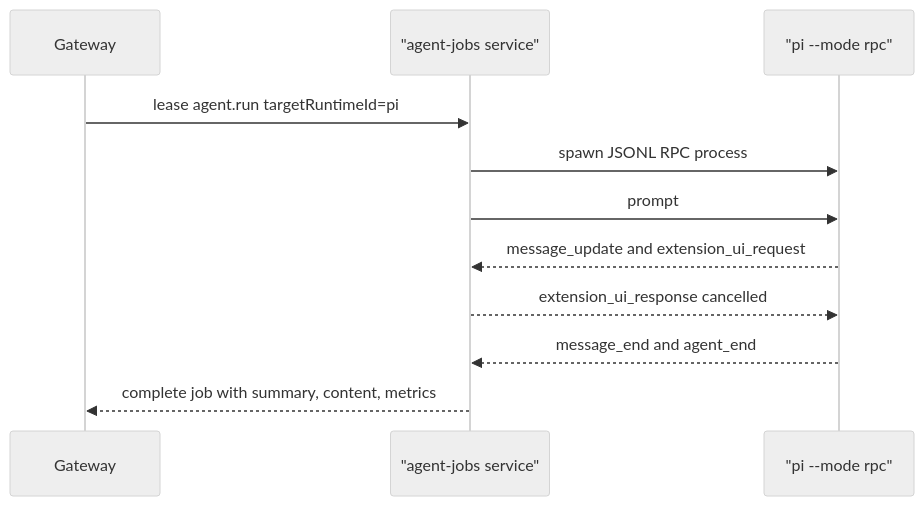
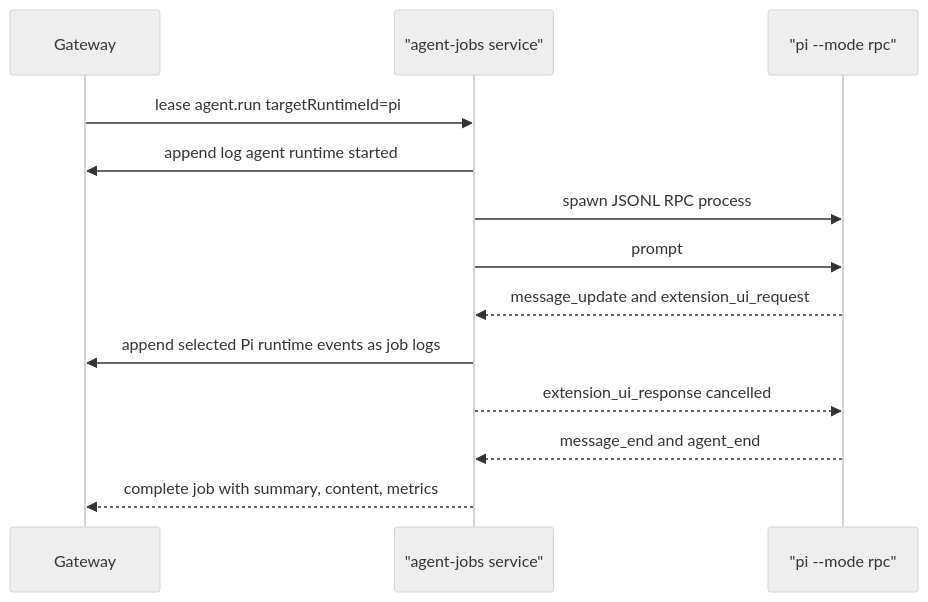
The third of 4 diagrams in docs/gateway-orchestration.md (Indelwin/snapdragon), drawn with Mermaid (neutral theme) before and after one commit. The commit also changed other lines of this file and 26 other files, not shown here.

````diff
--- a/docs/gateway-orchestration.md
+++ b/docs/gateway-orchestration.md
@@ -101,13 +101,15 @@
 ```mermaid
 sequenceDiagram
   participant Gateway
   participant Worker as "agent-jobs service"
   participant Pi as "pi --mode rpc"
   Gateway->>Worker: lease agent.run targetRuntimeId=pi
+  Worker->>Gateway: append log agent runtime started
   Worker->>Pi: spawn JSONL RPC process
   Worker->>Pi: prompt
   Pi-->>Worker: message_update and extension_ui_request
+  Worker->>Gateway: append selected Pi runtime events as job logs
   Worker-->>Pi: extension_ui_response cancelled
   Pi-->>Worker: message_end and agent_end
   Worker-->>Gateway: complete job with summary, content, metrics
 ```
````
